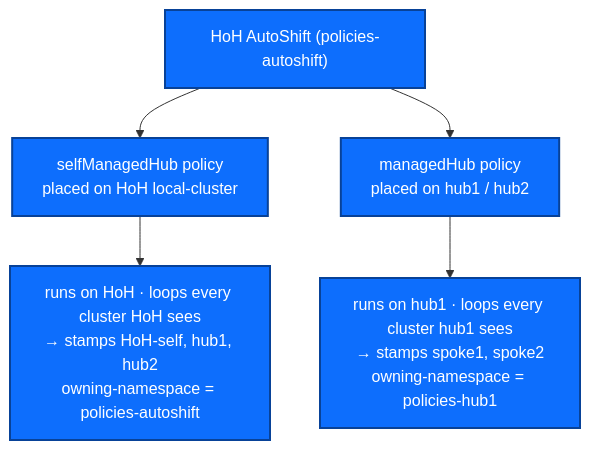
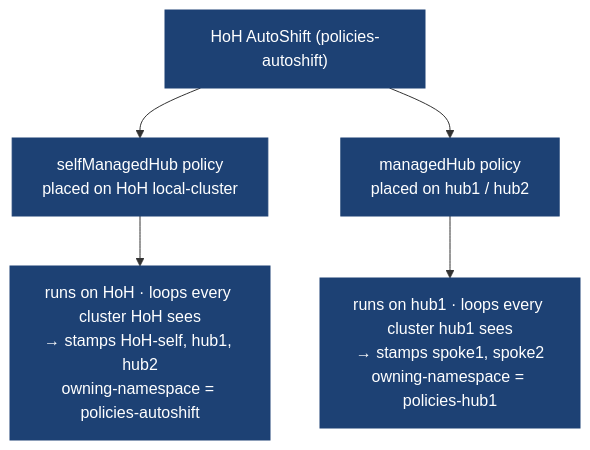
Before and after one commit to auto-shift/autoshiftv2: the first of 3 diagrams in docs/hub-of-hubs.md, drawn with Mermaid. The commit also changed other lines of this file and 39 other files, not shown here.

````diff
--- a/docs/hub-of-hubs.md
+++ b/docs/hub-of-hubs.md
@@ -127,12 +98,12 @@
 ```mermaid
 graph TD
     HoHAS["HoH AutoShift (policies-autoshift)"]
     HoHAS --> SMH["selfManagedHub policy<br/>placed on HoH local-cluster"]
     HoHAS --> MH["managedHub policy<br/>placed on hub1 / hub2"]
 
     SMH --> SMHrun["runs on HoH · loops every cluster HoH sees<br/>→ stamps HoH-self, hub1, hub2<br/>owning-namespace = policies-autoshift"]
     MH --> MHrun["runs on hub1 · loops every cluster hub1 sees<br/>→ stamps spoke1, spoke2<br/>owning-namespace = policies-hub1"]
 
-    classDef box fill:#0d6efd,stroke:#084298,stroke-width:2px,color:#ffffff;
+    classDef box fill:#1D4174,stroke:#1D4174,color:#ffffff;
     class HoHAS,SMH,MH,SMHrun,MHrun box;
 ```
````
